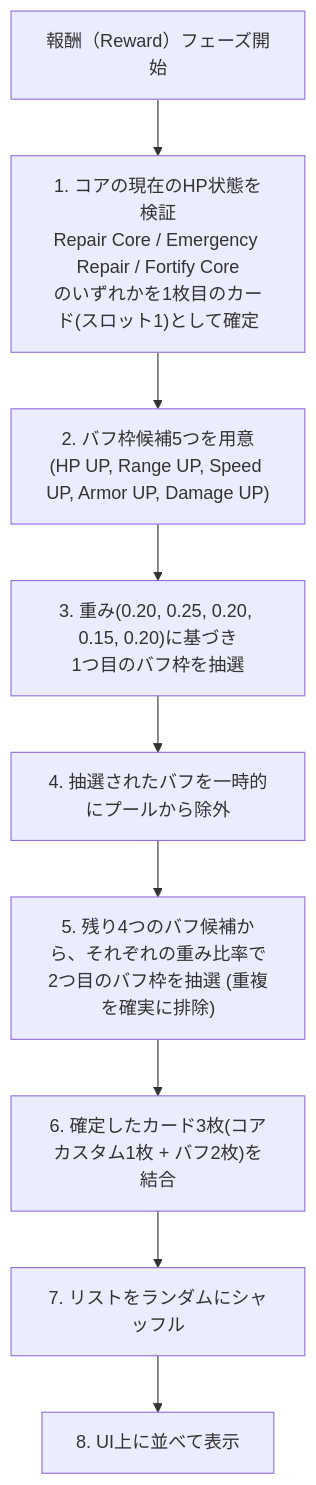
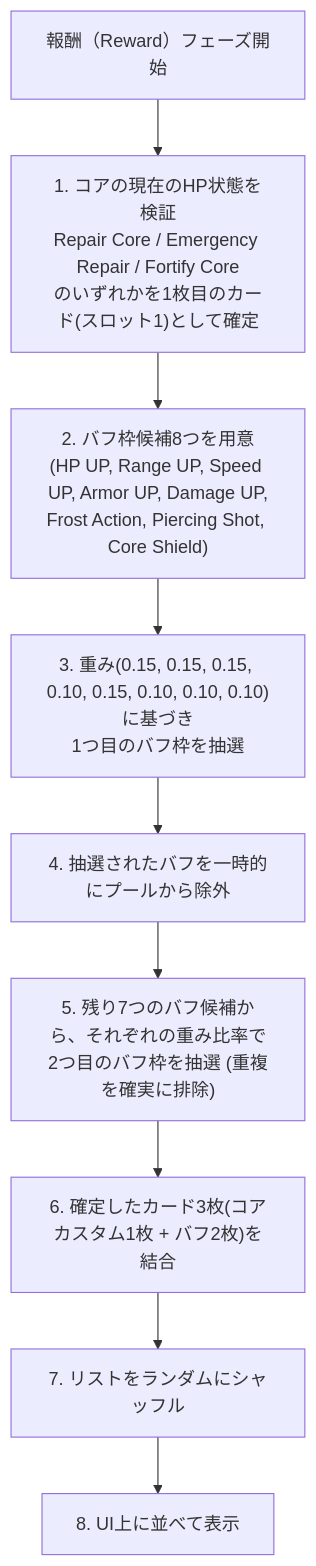
The sixth of 7 diagrams in ゲームバランス調整用仕様書.md (sunaiw/4th_PJ), drawn with Mermaid before and after one commit. The commit also changed other lines of this file, not shown here.

````diff
--- a/ゲームバランス調整用仕様書.md
+++ b/ゲームバランス調整用仕様書.md
@@ -269,11 +275,11 @@
 ```mermaid
 flowchart TD
     RewardStart["報酬（Reward）フェーズ開始"] --> SelectCoreCard["1. コアの現在のHP状態を検証<br/>Repair Core / Emergency Repair / Fortify Core<br/>のいずれかを1枚目のカード(スロット1)として確定"]
-    SelectCoreCard --> Pool5["2. バフ枠候補5つを用意<br/>(HP UP, Range UP, Speed UP, Armor UP, Damage UP)"]
-    Pool5 --> Draw1["3. 重み(0.20, 0.25, 0.20, 0.15, 0.20)に基づき<br/>1つ目のバフ枠を抽選"]
+    SelectCoreCard --> Pool8["2. バフ枠候補8つを用意<br/>(HP UP, Range UP, Speed UP, Armor UP, Damage UP,<br/>Frost Action, Piercing Shot, Core Shield)"]
+    Pool8 --> Draw1["3. 重み(0.15, 0.15, 0.15, 0.10, 0.15, 0.10, 0.10, 0.10)に基づき<br/>1つ目のバフ枠を抽選"]
     Draw1 --> Remove1["4. 抽選されたバフを一時的にプールから除外"]
-    Remove1 --> Draw2["5. 残り4つのバフ候補から、それぞれの重み比率で<br/>2つ目のバフ枠を抽選 (重複を確実に排除)"]
+    Remove1 --> Draw2["5. 残り7つのバフ候補から、それぞれの重み比率で<br/>2つ目のバフ枠を抽選 (重複を確実に排除)"]
     Draw2 --> Combine["6. 確定したカード3枚(コアカスタム1枚 + バフ2枚)を結合"]
     Combine --> Shuffle["7. リストをランダムにシャッフル"]
     Shuffle --> DisplayCards["8. UI上に並べて表示"]
 ```
````
